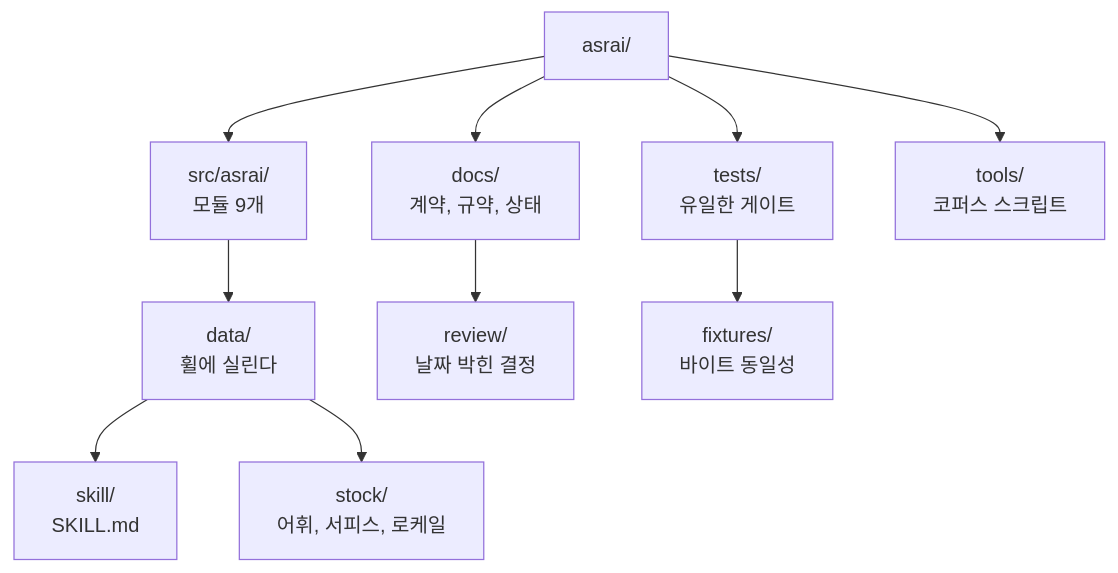
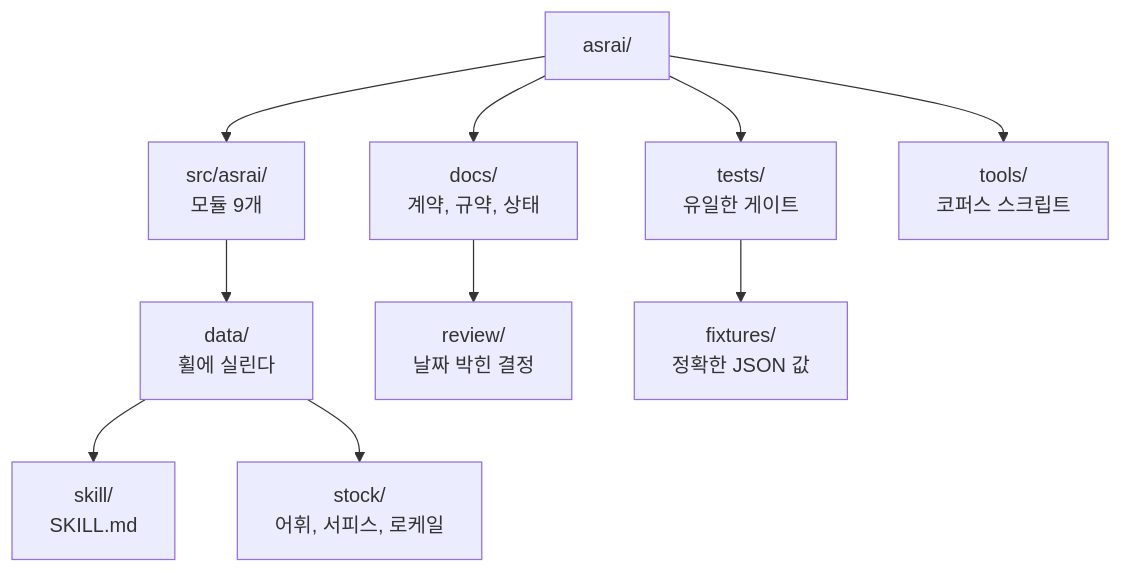
One commit to Stdev17/asrai changed the diagram in docs/i18n/ko/README.md. Above: the diagram before and after it, drawn with Mermaid. The commit also changed other lines of this file and 2 other files, not shown here.

````diff
--- a/docs/i18n/ko/README.md
+++ b/docs/i18n/ko/README.md
@@ -69,8 +74,8 @@
 ```mermaid
 flowchart TD
     ROOT["asrai/"] --> SRC["src/asrai/<br/>모듈 9개"] & DOCS["docs/<br/>계약, 규약, 상태"] & TESTS["tests/<br/>유일한 게이트"] & TOOLS["tools/<br/>코퍼스 스크립트"]
     SRC --> DATA["data/<br/>휠에 실린다"]
     DATA --> SKILL["skill/<br/>SKILL.md"] & STOCK["stock/<br/>어휘, 서피스, 로케일"]
     DOCS --> REVIEW["review/<br/>날짜 박힌 결정"]
-    TESTS --> FIX["fixtures/<br/>바이트 동일성"]
+    TESTS --> FIX["fixtures/<br/>정확한 JSON 값"]
 ```
````
